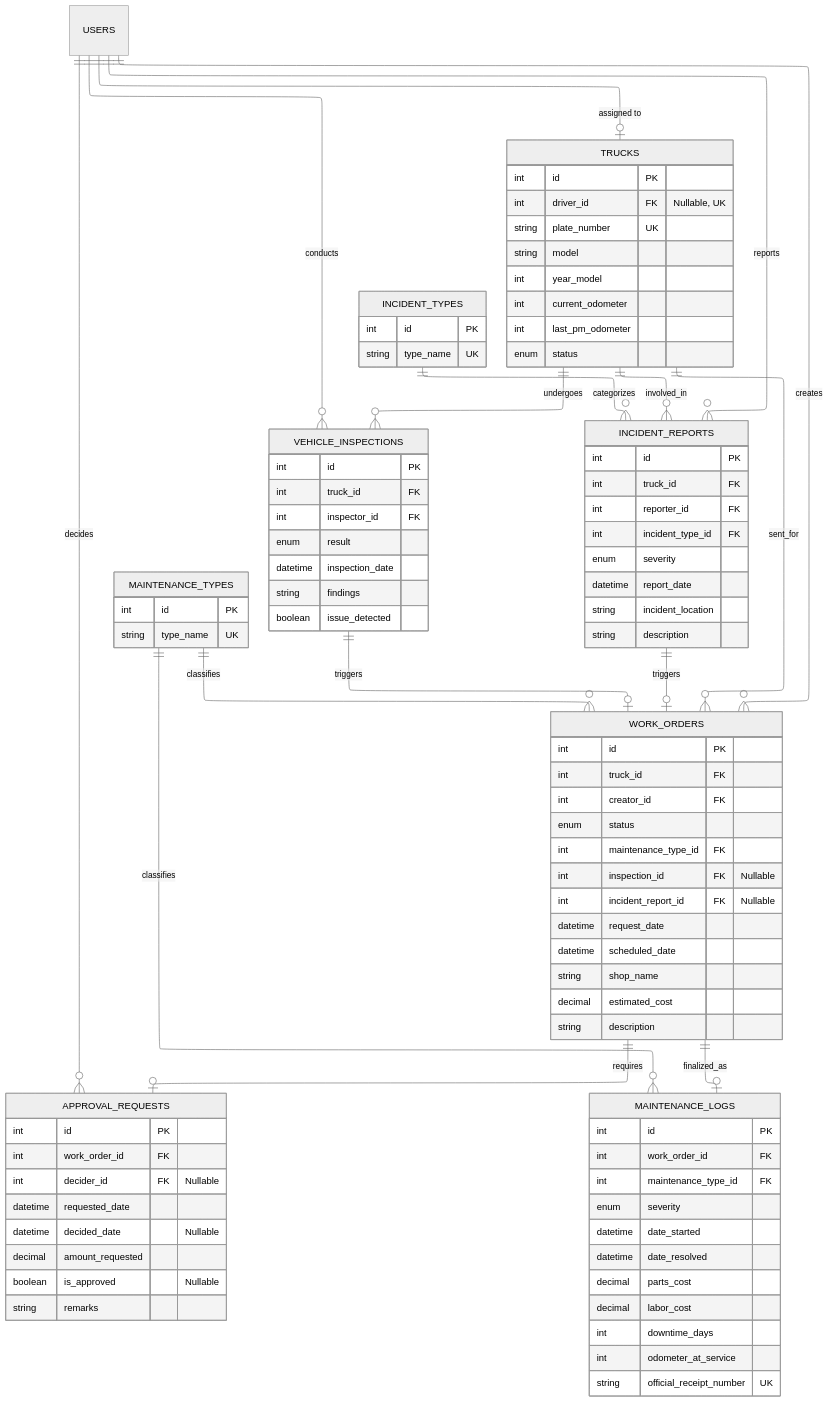
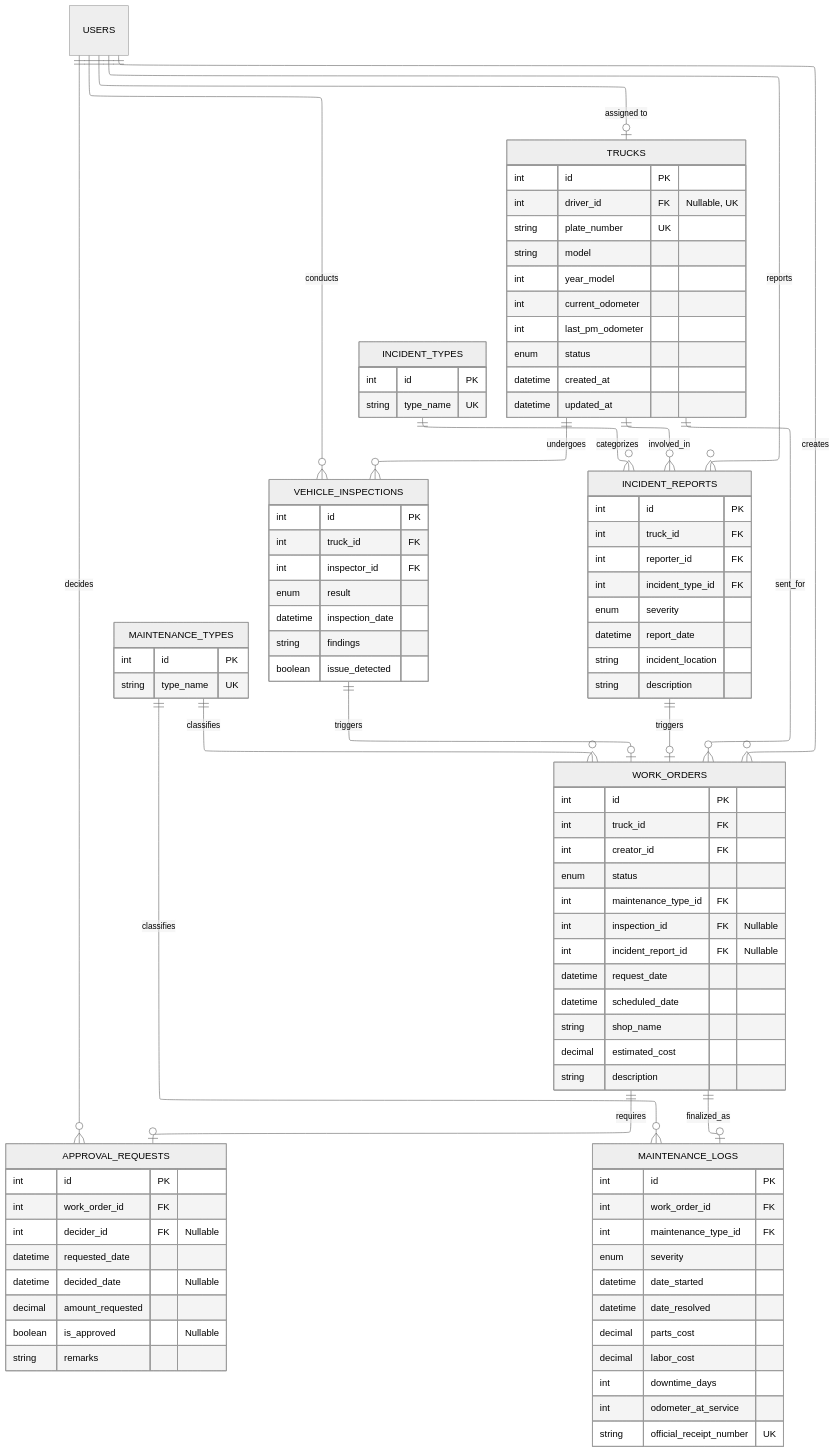
The diagram in docs/ERD_mermaid/fleet_and_maintenance_erd.md (madayawgas/madayawgas-backend), drawn with Mermaid before and after one commit. The commit also changed 9 other files, not shown here.

```diff
--- a/docs/ERD_mermaid/fleet_and_maintenance_erd.md
+++ b/docs/ERD_mermaid/fleet_and_maintenance_erd.md
@@ -56,6 +56,8 @@
         int current_odometer
         int last_pm_odometer
         enum status
+        datetime created_at
+        datetime updated_at
     }
 
     VEHICLE_INSPECTIONS {
```
